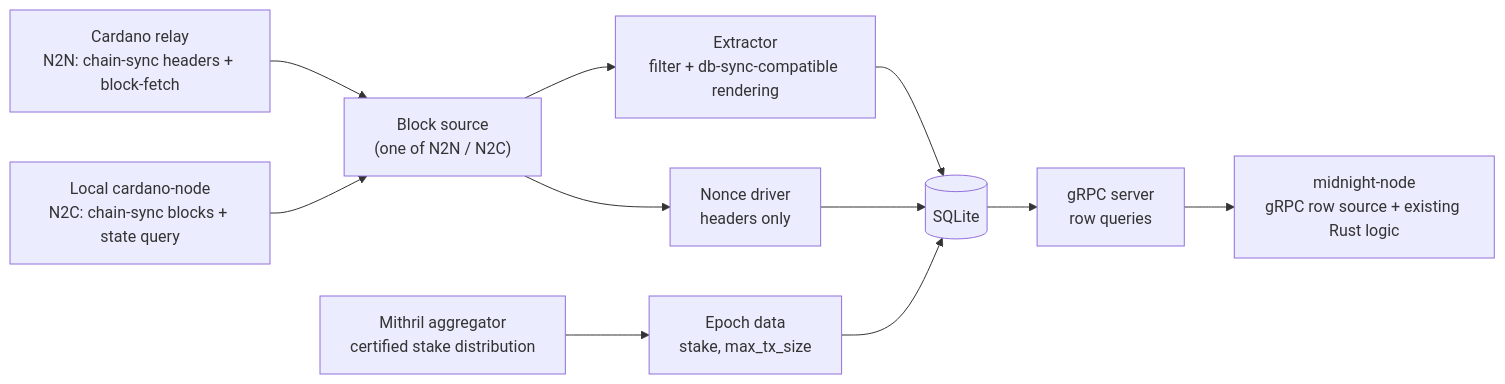
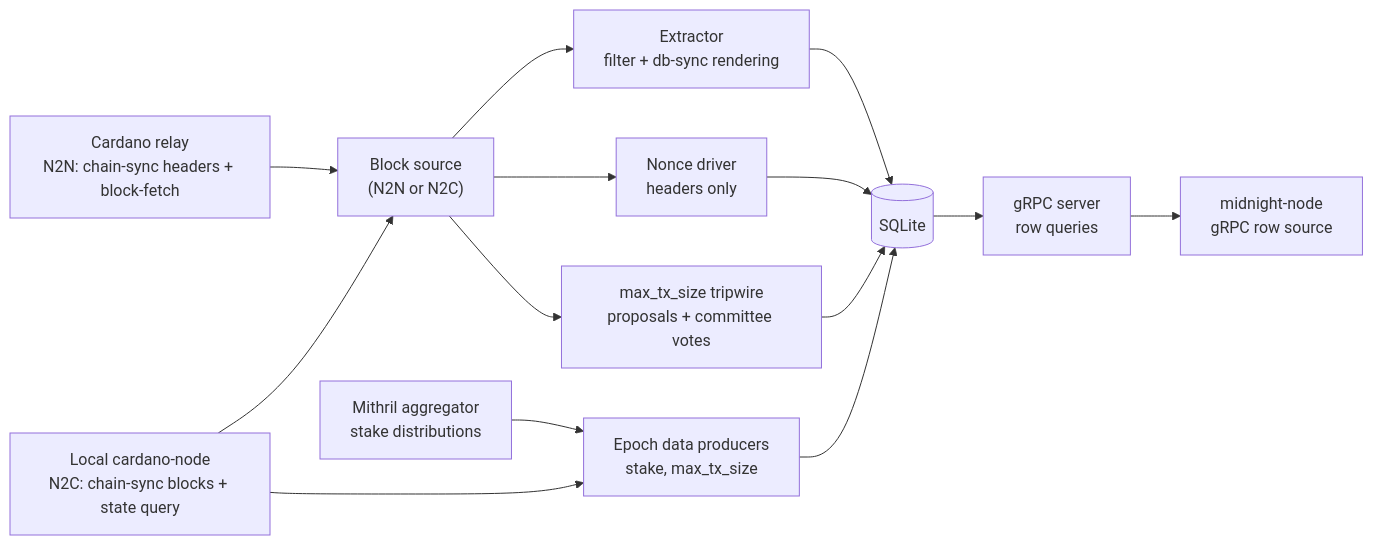
Before and after one commit to SeungheonOh/mc-follower: the diagram in docs/SPEC.md, drawn with Mermaid. The commit also changed other lines of this file and 3 other files, not shown here.

````diff
--- a/docs/SPEC.md
+++ b/docs/SPEC.md
@@ -24,13 +25,16 @@
 ```mermaid
 flowchart LR
   R["Cardano relay<br/>N2N: chain-sync headers + block-fetch"] --> SRC
   N["Local cardano-node<br/>N2C: chain-sync blocks + state query"] --> SRC
-  M["Mithril aggregator<br/>certified stake distribution"] --> EP
-  SRC["Block source<br/>(one of N2N / N2C)"] --> EX["Extractor<br/>filter + db-sync-compatible rendering"]
+  M["Mithril aggregator<br/>stake distributions"] --> EP
+  N --> EP
+  SRC["Block source<br/>(N2N or N2C)"] --> EX["Extractor<br/>filter + db-sync rendering"]
   SRC --> NO["Nonce driver<br/>headers only"]
+  SRC --> TW["max_tx_size tripwire<br/>proposals + committee votes"]
   EX --> DB[("SQLite")]
   NO --> DB
-  EP["Epoch data<br/>stake, max_tx_size"] --> DB
+  TW --> DB
+  EP["Epoch data producers<br/>stake, max_tx_size"] --> DB
   DB --> API["gRPC server<br/>row queries"]
-  API --> NODE["midnight-node<br/>gRPC row source + existing Rust logic"]
+  API --> NODE["midnight-node<br/>gRPC row source"]
 ```
````
